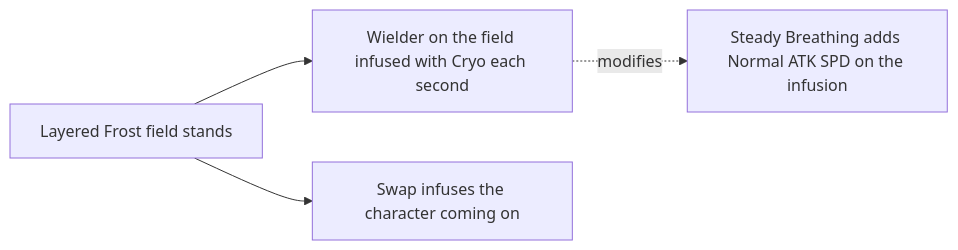
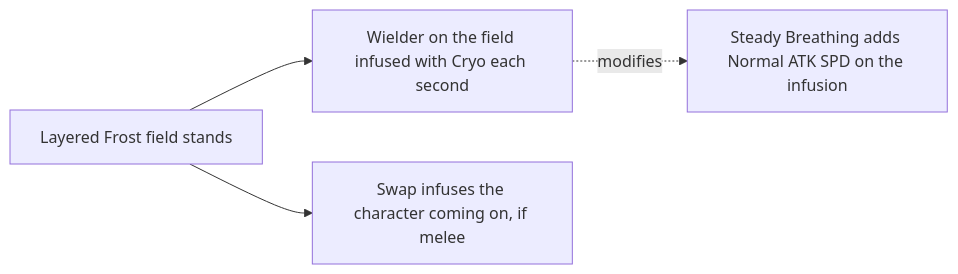
Before and after one commit to Esposter/Esposter: the diagram in openspec/specs/genshin/kits/chongyun/design.md, drawn with Mermaid. The commit also changed 22 other files, not shown here.

````diff
--- a/openspec/specs/genshin/kits/chongyun/design.md
+++ b/openspec/specs/genshin/kits/chongyun/design.md
@@ -7,6 +7,6 @@
 ```mermaid
 flowchart LR
   A["Layered Frost field stands"] --> B["Wielder on the field infused with Cryo each second"]
-  A --> C["Swap infuses the character coming on"]
+  A --> C["Swap infuses the character coming on, if melee"]
   B -.->|"modifies"| D["Steady Breathing adds Normal ATK SPD on the infusion"]
 ```
````
